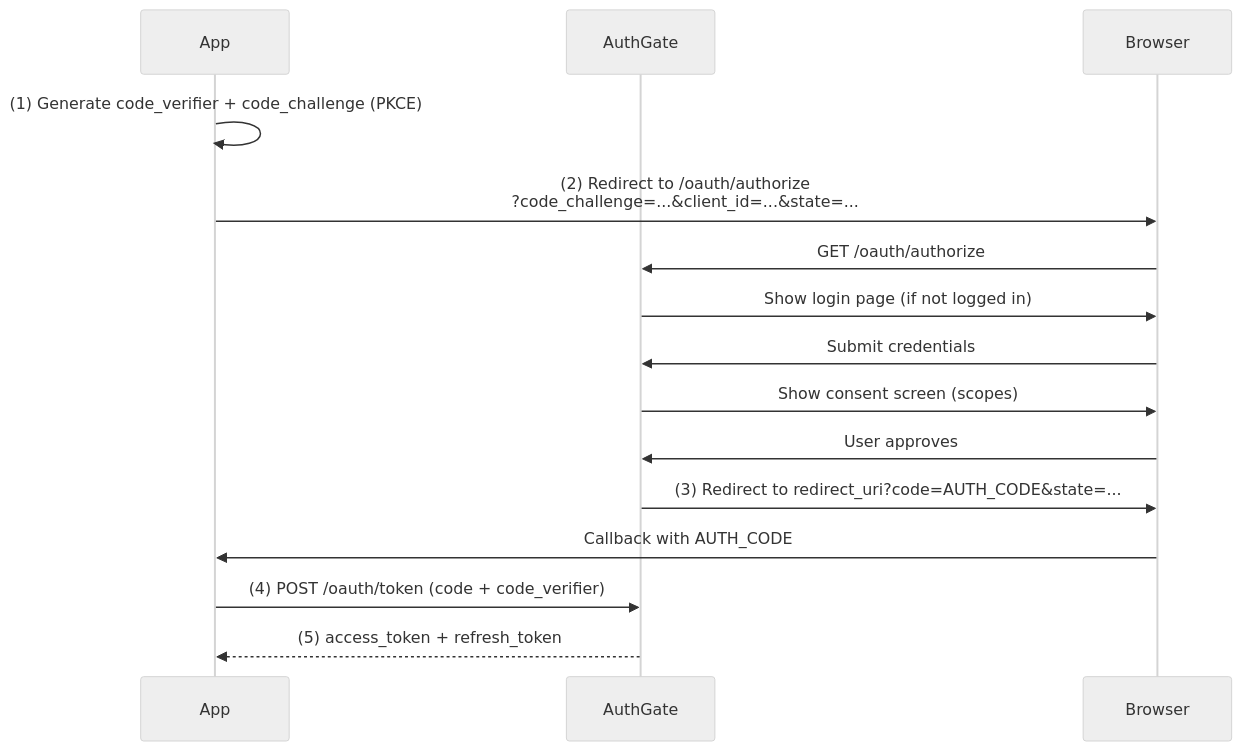
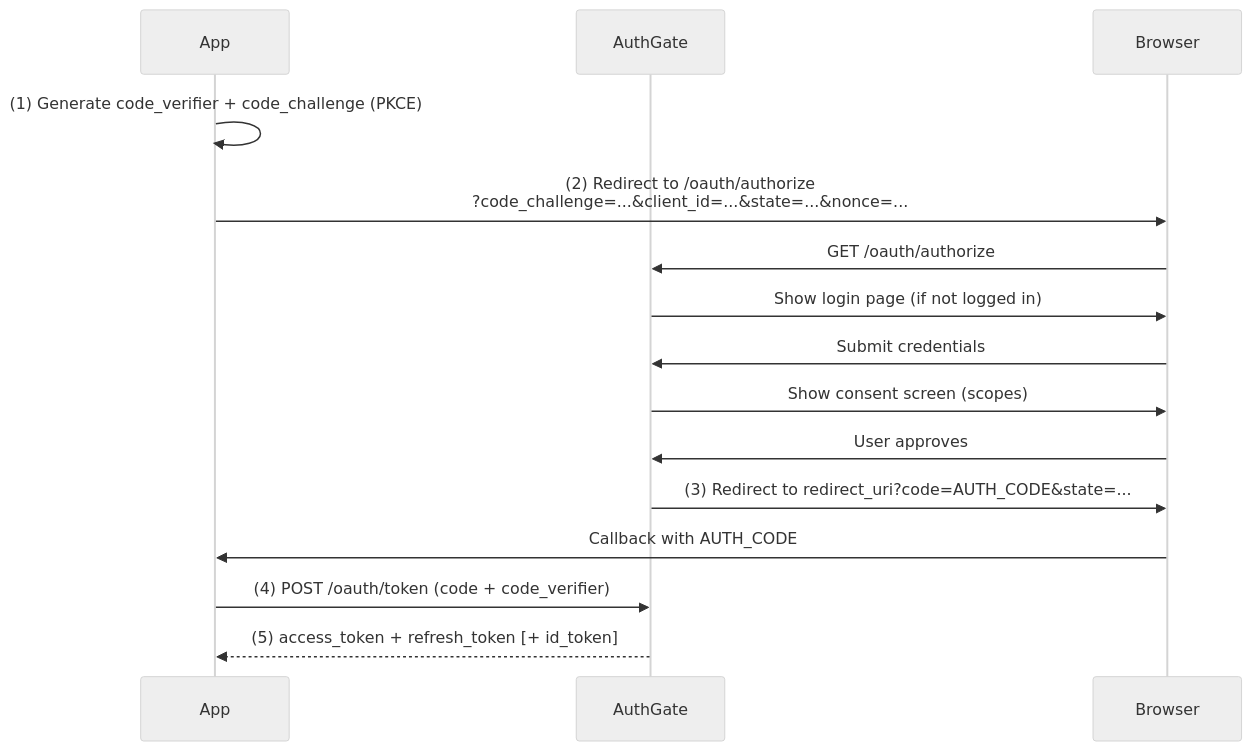
Before and after one commit to appleboy/authgate: the diagram in internal/templates/docs/auth-code-flow.md, drawn with Mermaid (neutral theme). The commit also changed other lines of this file and 9 other files, not shown here.

````diff
--- a/internal/templates/docs/auth-code-flow.md
+++ b/internal/templates/docs/auth-code-flow.md
@@ -18,23 +25,23 @@
 ```mermaid
 sequenceDiagram
     participant App
     participant AuthGate
     participant Browser
 
     App->>App: (1) Generate code_verifier + code_challenge (PKCE)
 
-    App->>Browser: (2) Redirect to /oauth/authorize<br/>?code_challenge=...&client_id=...&state=...
+    App->>Browser: (2) Redirect to /oauth/authorize<br/>?code_challenge=...&client_id=...&state=...&nonce=...
     Browser->>AuthGate: GET /oauth/authorize
 
     AuthGate->>Browser: Show login page (if not logged in)
     Browser->>AuthGate: Submit credentials
 
     AuthGate->>Browser: Show consent screen (scopes)
     Browser->>AuthGate: User approves
 
     AuthGate->>Browser: (3) Redirect to redirect_uri?code=AUTH_CODE&state=...
     Browser->>App: Callback with AUTH_CODE
 
     App->>AuthGate: (4) POST /oauth/token (code + code_verifier)
-    AuthGate-->>App: (5) access_token + refresh_token
+    AuthGate-->>App: (5) access_token + refresh_token [+ id_token]
 ```
````
